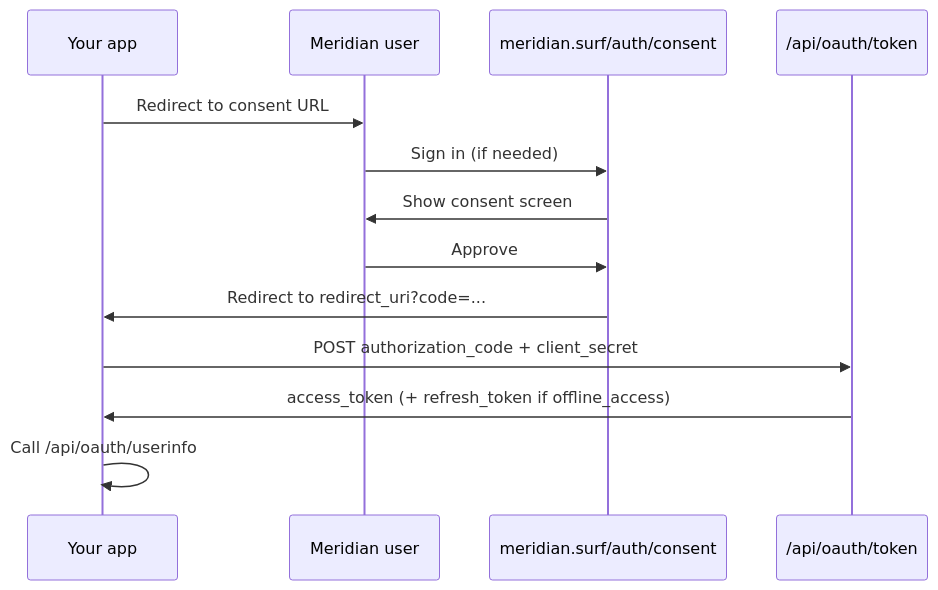
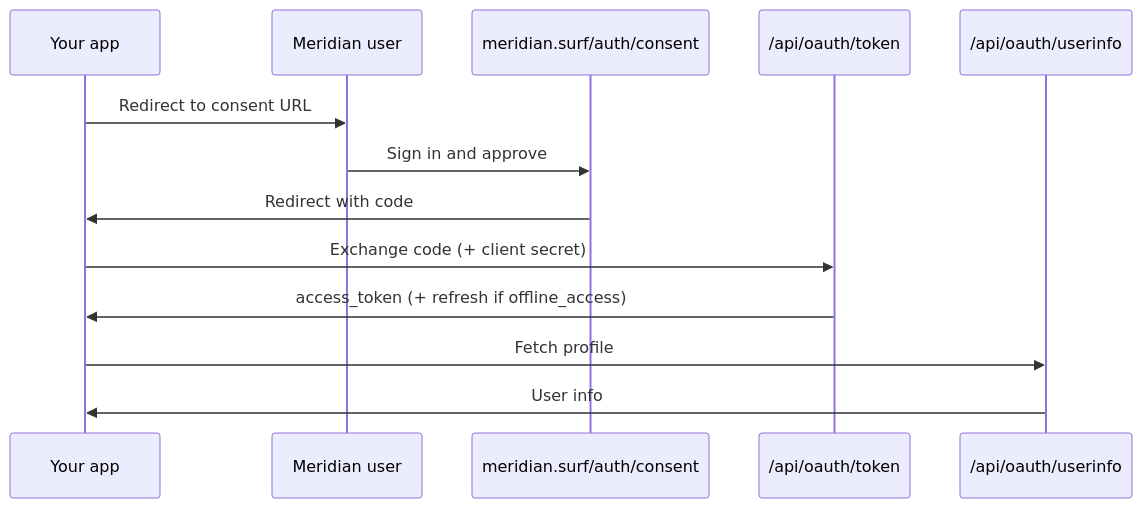
Before and after one commit to Robskan/meridian-docs: the diagram in api/authentication.mdx, drawn with Mermaid. The commit also changed 1 other file, not shown here.

Commit message:
Updated mintlify pages
- Updated api/authentication.mdx
- Updated docs.json

Mintlify-Source: dashboard-editor

````diff
--- a/api/authentication.mdx
+++ b/api/authentication.mdx
@@ -9,16 +9,16 @@
 ```mermaid
 sequenceDiagram
   participant App as Your app
   participant User as Meridian user
   participant Consent as meridian.surf/auth/consent
   participant Token as /api/oauth/token
+  participant Userinfo as /api/oauth/userinfo
 
   App->>User: Redirect to consent URL
-  User->>Consent: Sign in (if needed)
-  Consent->>User: Show consent screen
-  User->>Consent: Approve
-  Consent->>App: Redirect to redirect_uri?code=...
-  App->>Token: POST authorization_code + client_secret
-  Token->>App: access_token (+ refresh_token if offline_access)
-  App->>App: Call /api/oauth/userinfo
+  User->>Consent: Sign in and approve
+  Consent->>App: Redirect with code
+  App->>Token: Exchange code (+ client secret)
+  Token->>App: access_token (+ refresh if offline_access)
+  App->>Userinfo: Fetch profile
+  Userinfo->>App: User info
 ```
````
